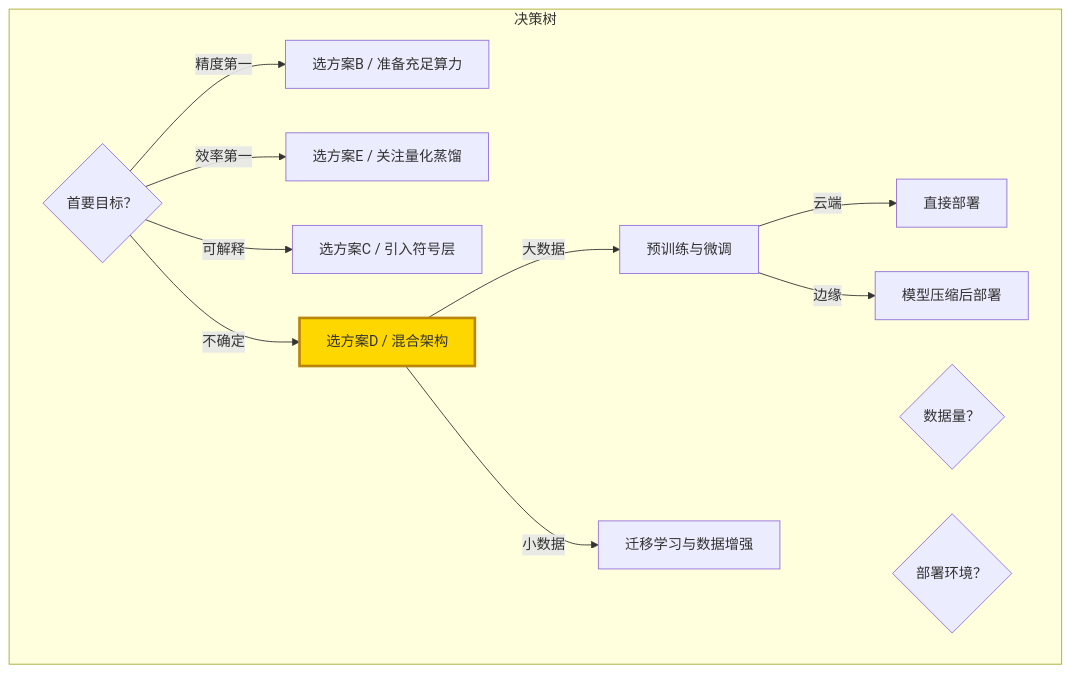
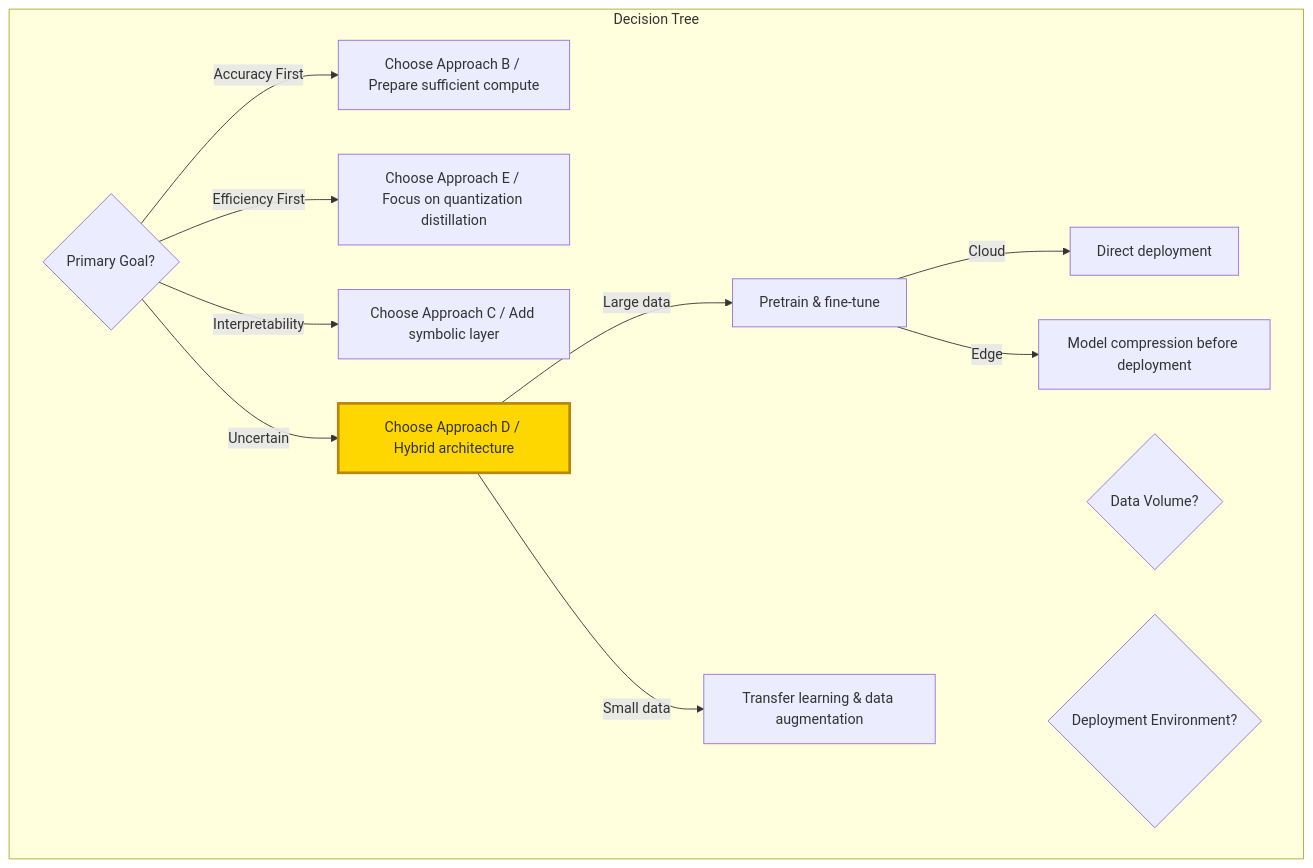
Before and after one commit to Kirky-X/cangjie: the ninth of 9 diagrams in templates/【模板】论文研究报告.md, drawn with Mermaid. The commit also changed other lines of this file and 60 other files, not shown here.

````diff
--- a/templates/【模板】论文研究报告.md
+++ b/templates/【模板】论文研究报告.md
@@ -590,20 +465,20 @@
 ```mermaid
 graph TB
-    subgraph 决策树
-        Q1{首要目标？}
-        Q1 -->|精度第一| A1[选方案B / 准备充足算力]
-        Q1 -->|效率第一| A2[选方案E / 关注量化蒸馏]
-        Q1 -->|可解释| A3[选方案C / 引入符号层]
-        Q1 -->|不确定| A4[选方案D / 混合架构]
+    subgraph Decision Tree
+        Q1{Primary Goal?}
+        Q1 -->|Accuracy First| A1[Choose Approach B / Prepare sufficient compute]
+        Q1 -->|Efficiency First| A2[Choose Approach E / Focus on quantization distillation]
+        Q1 -->|Interpretability| A3[Choose Approach C / Add symbolic layer]
+        Q1 -->|Uncertain| A4[Choose Approach D / Hybrid architecture]
 
-        Q2{数据量？}
-        A4 -->|大数据| B1[预训练与微调]
-        A4 -->|小数据| B2[迁移学习与数据增强]
+        Q2{Data Volume?}
+        A4 -->|Large data| B1[Pretrain & fine-tune]
+        A4 -->|Small data| B2[Transfer learning & data augmentation]
 
-        Q3{部署环境？}
-        B1 -->|云端| C1[直接部署]
-        B1 -->|边缘| C2[模型压缩后部署]
+        Q3{Deployment Environment?}
+        B1 -->|Cloud| C1[Direct deployment]
+        B1 -->|Edge| C2[Model compression before deployment]
     end
 
     style A4 fill:#ffd700,stroke:#b8860b,stroke-width:3px
 ```
````
